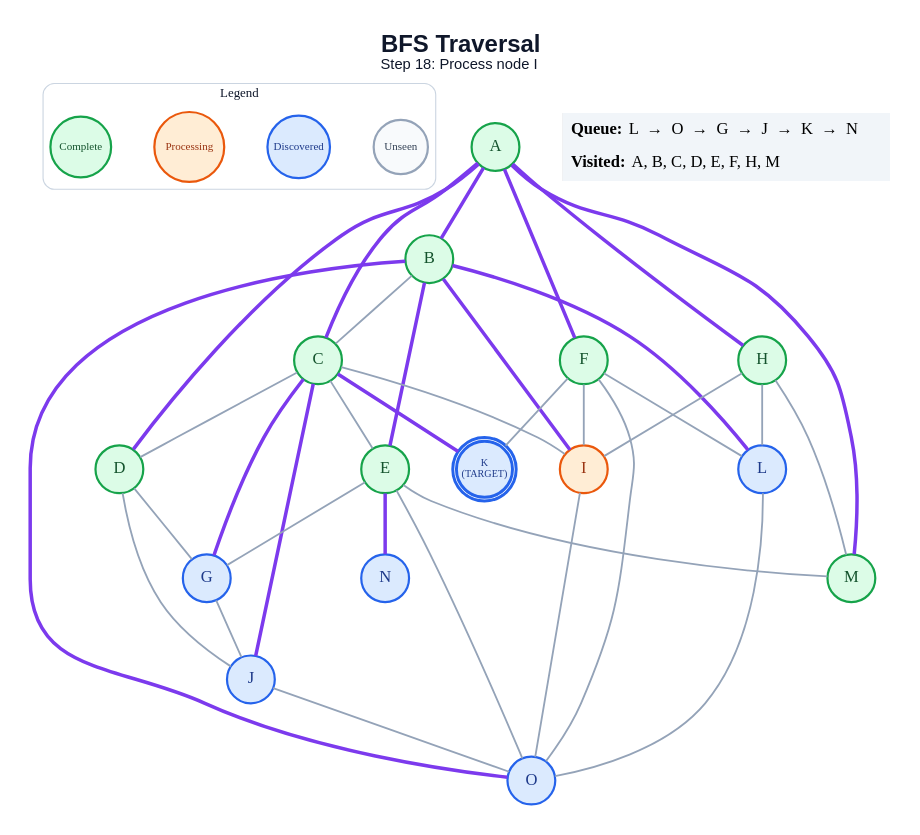
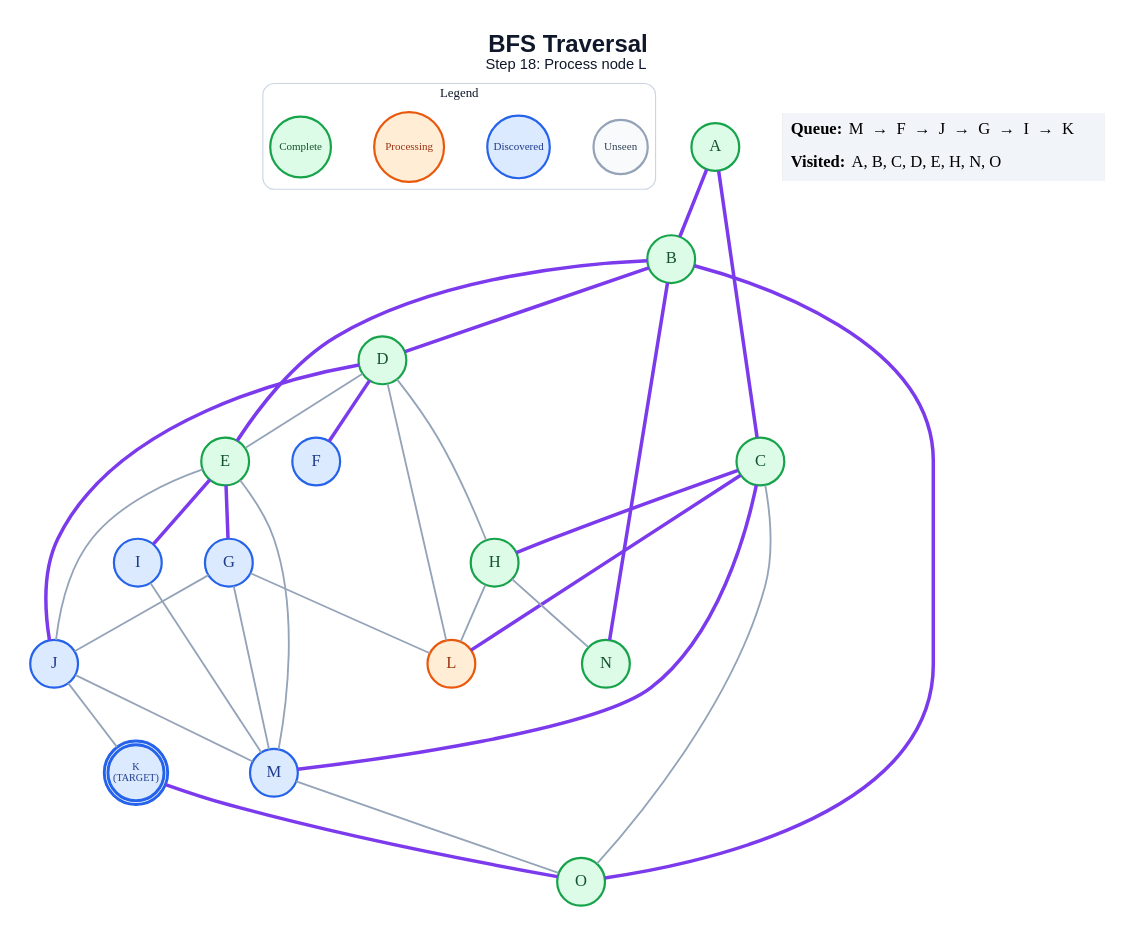
Before and after one commit to anon7238593-create/ai-slop: the diagram in generated/bfs/step_18.dot, drawn with Graphviz. The commit also changed 305 other files, not shown here.

```diff
--- a/generated/bfs/step_18.dot
+++ b/generated/bfs/step_18.dot
@@ -1,68 +1,63 @@
 graph traversal {
   graph [layout=dot, rankdir=TB, bgcolor="#FFFFFF", pad="0.35", nodesep="0.65", ranksep="0.8", fontname="Arial"];
   node [shape=circle, style="filled", fontname="Arial Bold", fontsize=18, width=0.72, fixedsize=true, penwidth=2.4];
   edge [color="#94A3B8", penwidth=2.0];
-  label=<<B>BFS Traversal</B><BR/><FONT POINT-SIZE="16">Step 18: Process node I</FONT>>; labelloc="t"; fontsize=26; fontname="Arial"; fontcolor="#0F172A";
+  label=<<B>BFS Traversal</B><BR/><FONT POINT-SIZE="16">Step 18: Process node L</FONT>>; labelloc="t"; fontsize=26; fontname="Arial"; fontcolor="#0F172A";
   subgraph cluster_legend { label="Legend"; color="#CBD5E1"; penwidth=1.2; style="rounded"; fontsize=14; fontname="Arial Bold";
     key_unseen [label="Unseen", fillcolor="#F8FAFC", color="#94A3B8", fontcolor="#334155", fontsize=12, width=0.82];
     key_frontier [label="Discovered", fillcolor="#DBEAFE", color="#2563EB", fontcolor="#1E3A8A", fontsize=12, width=0.95];
     key_current [label="Processing", fillcolor="#FFEDD5", color="#EA580C", fontcolor="#9A3412", fontsize=12, width=1.05];
     key_done [label="Complete", fillcolor="#DCFCE7", color="#16A34A", fontcolor="#14532D", fontsize=12, width=0.92];
     { rank=same; key_unseen; key_frontier; key_current; key_done; }
   }
   A [label="A", fillcolor="#DCFCE7", color="#16A34A", fontcolor="#14532D", peripheries=1, penwidth=2.4];
   B [label="B", fillcolor="#DCFCE7", color="#16A34A", fontcolor="#14532D", peripheries=1, penwidth=2.4];
   C [label="C", fillcolor="#DCFCE7", color="#16A34A", fontcolor="#14532D", peripheries=1, penwidth=2.4];
   D [label="D", fillcolor="#DCFCE7", color="#16A34A", fontcolor="#14532D", peripheries=1, penwidth=2.4];
   E [label="E", fillcolor="#DCFCE7", color="#16A34A", fontcolor="#14532D", peripheries=1, penwidth=2.4];
-  F [label="F", fillcolor="#DCFCE7", color="#16A34A", fontcolor="#14532D", peripheries=1, penwidth=2.4];
+  F [label="F", fillcolor="#DBEAFE", color="#2563EB", fontcolor="#1E3A8A", peripheries=1, penwidth=2.4];
   G [label="G", fillcolor="#DBEAFE", color="#2563EB", fontcolor="#1E3A8A", peripheries=1, penwidth=2.4];
   H [label="H", fillcolor="#DCFCE7", color="#16A34A", fontcolor="#14532D", peripheries=1, penwidth=2.4];
-  I [label="I", fillcolor="#FFEDD5", color="#EA580C", fontcolor="#9A3412", peripheries=1, penwidth=2.4];
+  I [label="I", fillcolor="#DBEAFE", color="#2563EB", fontcolor="#1E3A8A", peripheries=1, penwidth=2.4];
   J [label="J", fillcolor="#DBEAFE", color="#2563EB", fontcolor="#1E3A8A", peripheries=1, penwidth=2.4];
   K [label="K\n(TARGET)", fillcolor="#DBEAFE", color="#2563EB", fontcolor="#1E3A8A", peripheries=2, penwidth=3.2, fontsize=11, width=0.85, height=0.85];
-  L [label="L", fillcolor="#DBEAFE", color="#2563EB", fontcolor="#1E3A8A", peripheries=1, penwidth=2.4];
-  M [label="M", fillcolor="#DCFCE7", color="#16A34A", fontcolor="#14532D", peripheries=1, penwidth=2.4];
-  N [label="N", fillcolor="#DBEAFE", color="#2563EB", fontcolor="#1E3A8A", peripheries=1, penwidth=2.4];
-  O [label="O", fillcolor="#DBEAFE", color="#2563EB", fontcolor="#1E3A8A", peripheries=1, penwidth=2.4];
+  L [label="L", fillcolor="#FFEDD5", color="#EA580C", fontcolor="#9A3412", peripheries=1, penwidth=2.4];
+  M [label="M", fillcolor="#DBEAFE", color="#2563EB", fontcolor="#1E3A8A", peripheries=1, penwidth=2.4];
+  N [label="N", fillcolor="#DCFCE7", color="#16A34A", fontcolor="#14532D", peripheries=1, penwidth=2.4];
+  O [label="O", fillcolor="#DCFCE7", color="#16A34A", fontcolor="#14532D", peripheries=1, penwidth=2.4];
   A -- B [color="#7C3AED", penwidth=3.8];
   A -- C [color="#7C3AED", penwidth=3.8];
-  A -- D [color="#7C3AED", penwidth=3.8];
-  A -- F [color="#7C3AED", penwidth=3.8];
-  A -- H [color="#7C3AED", penwidth=3.8];
-  A -- M [color="#7C3AED", penwidth=3.8];
-  B -- C;
+  B -- D [color="#7C3AED", penwidth=3.8];
   B -- E [color="#7C3AED", penwidth=3.8];
-  B -- I [color="#7C3AED", penwidth=3.8];
-  B -- L [color="#7C3AED", penwidth=3.8];
+  B -- N [color="#7C3AED", penwidth=3.8];
   B -- O [color="#7C3AED", penwidth=3.8];
-  C -- D;
-  C -- E;
-  C -- G [color="#7C3AED", penwidth=3.8];
-  C -- I;
-  C -- J [color="#7C3AED", penwidth=3.8];
-  C -- K [color="#7C3AED", penwidth=3.8];
-  D -- G;
-  D -- J;
-  E -- G;
+  C -- H [color="#7C3AED", penwidth=3.8];
+  C -- L [color="#7C3AED", penwidth=3.8];
+  C -- M [color="#7C3AED", penwidth=3.8];
+  C -- O;
+  D -- E;
+  D -- F [color="#7C3AED", penwidth=3.8];
+  D -- H;
+  D -- J [color="#7C3AED", penwidth=3.8];
+  D -- L;
+  E -- G [color="#7C3AED", penwidth=3.8];
+  E -- I [color="#7C3AED", penwidth=3.8];
+  E -- J;
   E -- M;
-  E -- N [color="#7C3AED", penwidth=3.8];
-  E -- O;
-  F -- I;
-  F -- K;
-  F -- L;
-  F -- O;
   G -- J;
-  H -- I;
+  G -- L;
+  G -- M;
   H -- L;
-  H -- M;
-  I -- O;
-  J -- O;
-  L -- O;
+  H -- N;
+  I -- M;
+  J -- K;
+  J -- M;
+  K -- O [color="#7C3AED", penwidth=3.8];
+  M -- O;
   status [shape=plain, fixedsize=false, width=0, height=0, margin=0, label=<
     <TABLE BORDER="0" CELLBORDER="0" CELLPADDING="7" BGCOLOR="#F1F5F9">
-      <TR><TD ALIGN="LEFT"><B>Queue:</B> L  →  O  →  G  →  J  →  K  →  N</TD></TR>
-      <TR><TD ALIGN="LEFT"><B>Visited:</B> A, B, C, D, E, F, H, M</TD></TR>
+      <TR><TD ALIGN="LEFT"><B>Queue:</B> M  →  F  →  J  →  G  →  I  →  K</TD></TR>
+      <TR><TD ALIGN="LEFT"><B>Visited:</B> A, B, C, D, E, H, N, O</TD></TR>
     </TABLE>
   >];
 }
```
